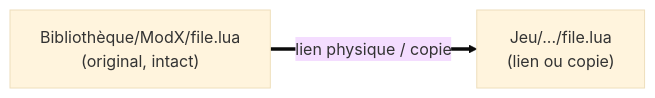
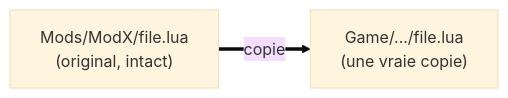
Before and after one commit to FreeProject089/BMM-Docs: the third of 3 diagrams in docs/how-it-works/profiles-activation.fr.md, drawn with Mermaid (base theme). The commit also changed other lines of this file and 7 other files, not shown here.

````diff
--- a/docs/how-it-works/profiles-activation.fr.md
+++ b/docs/how-it-works/profiles-activation.fr.md
@@ -34,6 +90,6 @@
 ```mermaid
 flowchart LR
-    LIBFILE["Bibliothèque/ModX/file.lua<br/>(original, intact)"]
-    GAMEFILE["Jeu/.../file.lua<br/>(lien ou copie)"]
-    LIBFILE == "lien physique / copie" ==> GAMEFILE
+    LIBFILE["Mods/ModX/file.lua<br/>(original, intact)"]
+    GAMEFILE["Game/.../file.lua<br/>(une vraie copie)"]
+    LIBFILE == "copie" ==> GAMEFILE
 ```
````
